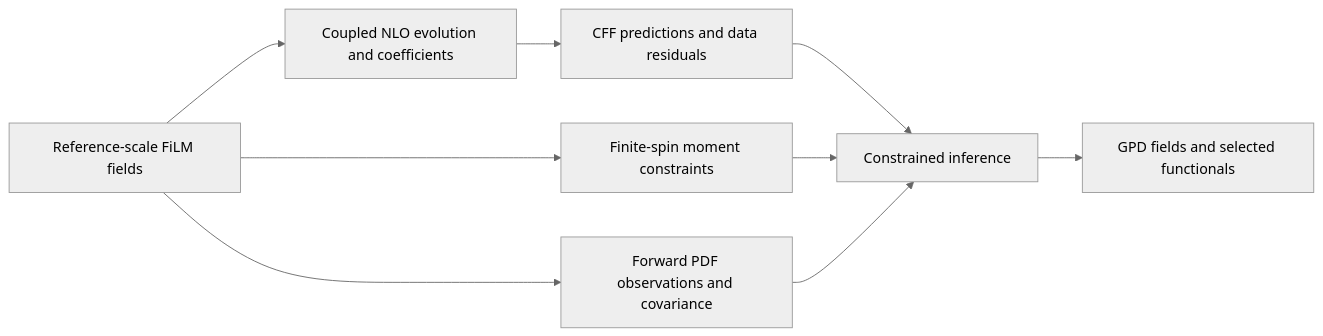
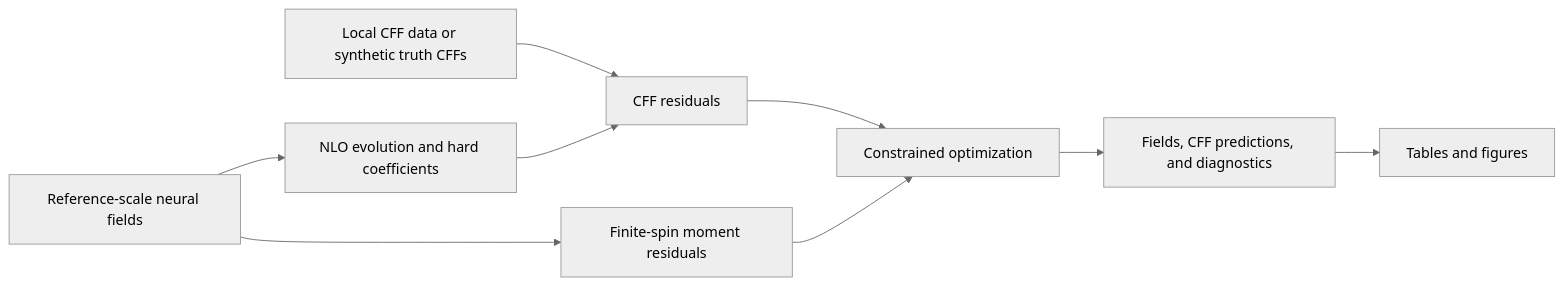
One commit to zetanaut/GPD-inverse-integral changed the diagram in README.md. Above: the diagram before and after it, drawn with Mermaid (neutral theme). The commit also changed other lines of this file and 164 other files, not shown here.

Commit message:
Add reproducible NLO analysis, saved-model replay, and manuscript figures

````diff
--- a/README.md
+++ b/README.md
@@ -21,11 +85,11 @@
 ```mermaid
 flowchart LR
-    NN[Reference-scale FiLM fields] --> QCD[Coupled NLO evolution and coefficients]
-    QCD --> CFF[CFF predictions and data residuals]
-    NN --> MOM[Finite-spin moment constraints]
-    NN --> PDF[Forward PDF observations and covariance]
-    CFF --> FIT[Constrained inference]
+    INPUT[Local CFF data or synthetic truth CFFs] --> LOSS[CFF residuals]
+    FIELD[Reference-scale neural fields] --> QCD[NLO evolution and hard coefficients]
+    QCD --> LOSS
+    FIELD --> MOM[Finite-spin moment residuals]
+    LOSS --> FIT[Constrained optimization]
     MOM --> FIT
-    PDF --> FIT
-    FIT --> OUT[GPD fields and selected functionals]
+    FIT --> EVAL[Fields, CFF predictions, and diagnostics]
+    EVAL --> FIG[Tables and figures]
 ```
````
